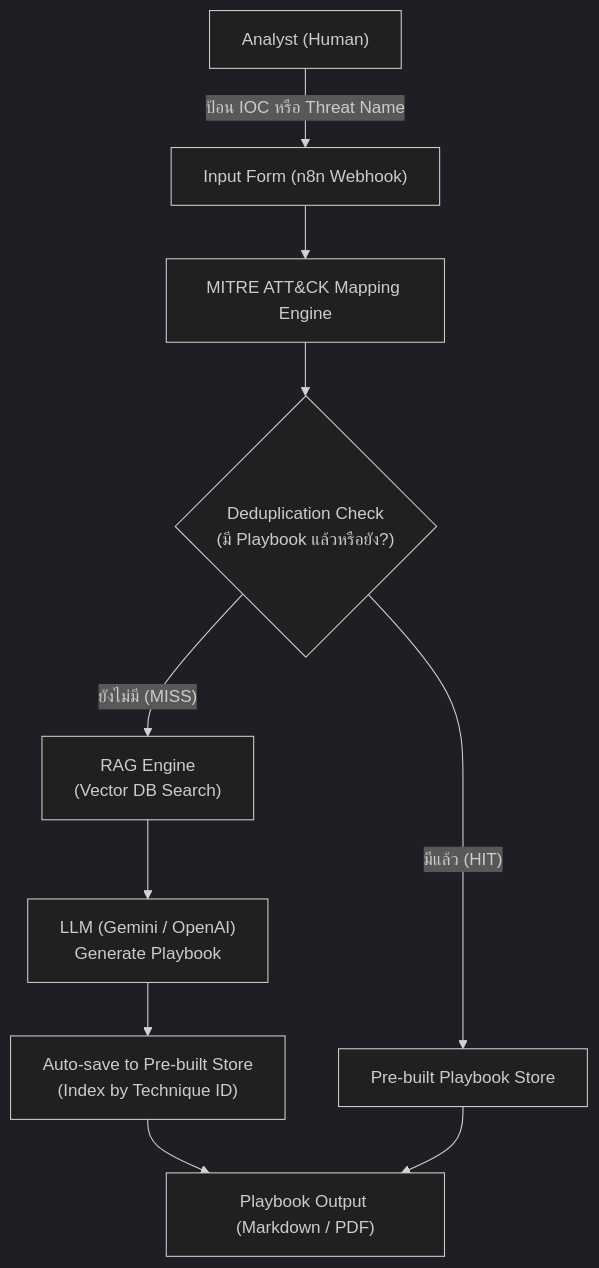
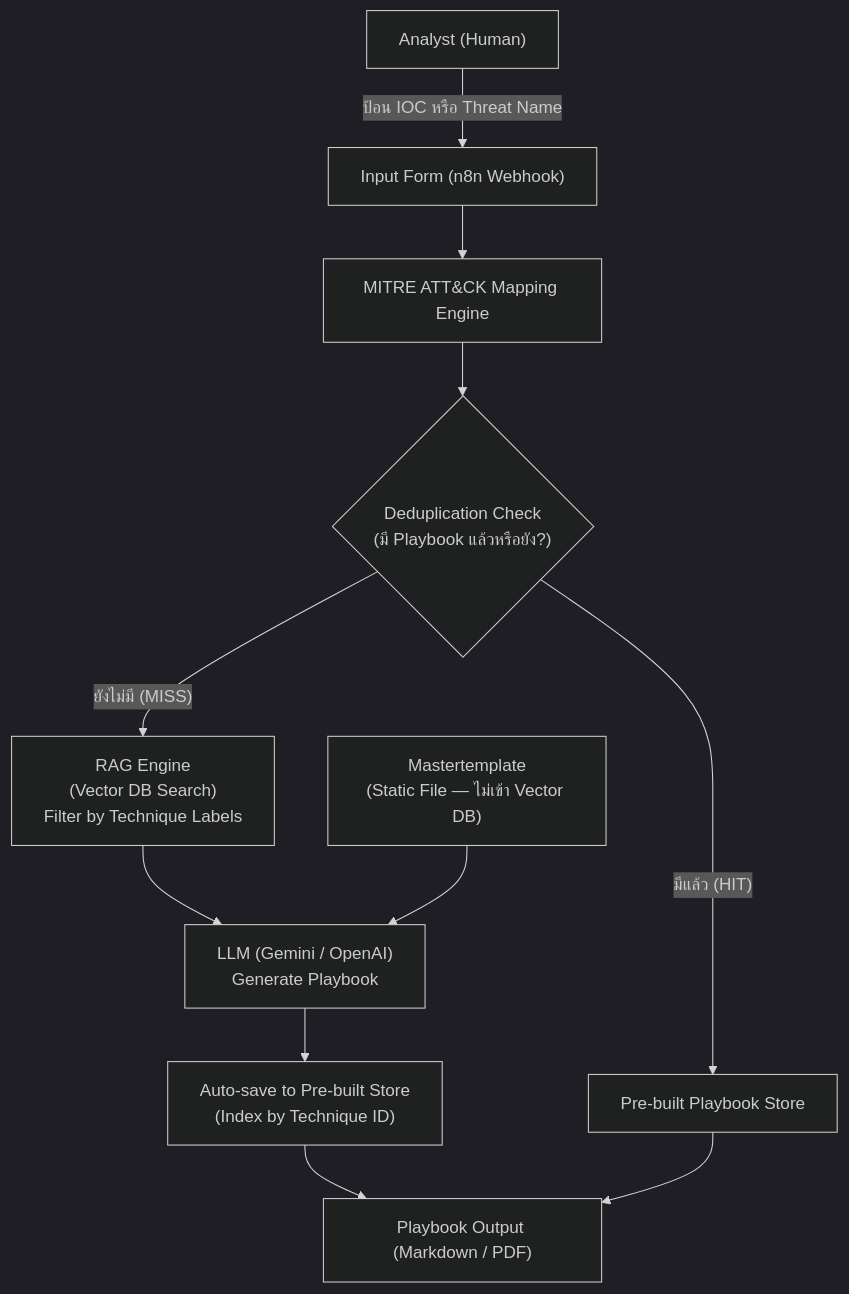
The first of 8 diagrams in architecture.md (Chaithawatcer/omnissiah-playbook-workflow), drawn with Mermaid (dark theme) before and after one commit. The commit also changed other lines of this file, not shown here.

Commit message:
Update Document Strategy: Mastertemplate as Static File, 5 Phase Docs with Technique Labels in Vector DB

````diff
--- a/architecture.md
+++ b/architecture.md
@@ -15,12 +15,13 @@
 ```mermaid
 graph TD
     user["Analyst (Human)"] -- "ป้อน IOC หรือ Threat Name" --> input["Input Form (n8n Webhook)"]
     input --> mapper["MITRE ATT&CK Mapping Engine"]
     mapper --> dedup{"Deduplication Check\n(มี Playbook แล้วหรือยัง?)"}
     dedup -- "มีแล้ว (HIT)" --> prebuilt["Pre-built Playbook Store"]
-    dedup -- "ยังไม่มี (MISS)" --> rag["RAG Engine\n(Vector DB Search)"]
+    dedup -- "ยังไม่มี (MISS)" --> rag["RAG Engine\n(Vector DB Search)\nFilter by Technique Labels"]
     rag --> llm["LLM (Gemini / OpenAI)\nGenerate Playbook"]
+    mastertemplate["Mastertemplate\n(Static File — ไม่เข้า Vector DB)"] --> llm
     llm --> save["Auto-save to Pre-built Store\n(Index by Technique ID)"]
     save --> output["Playbook Output (Markdown / PDF)"]
     prebuilt --> output
 ```
````
